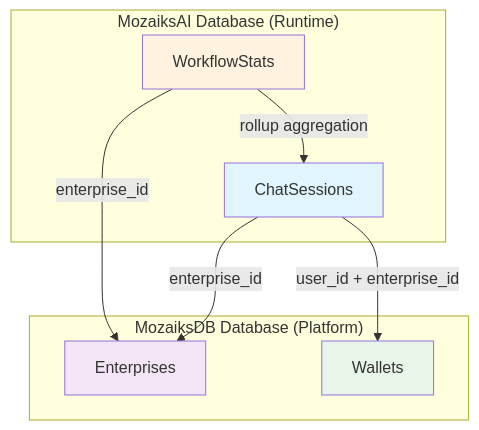
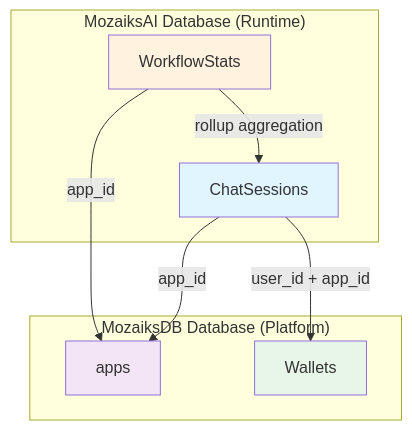
Before and after one commit to BlocUnited-LLC/mozaiks-ai: the first of 4 diagrams in docs/reference/database_schema.md, drawn with Mermaid. The commit also changed other lines of this file and 346 other files, not shown here.

````diff
--- a/docs/reference/database_schema.md
+++ b/docs/reference/database_schema.md
@@ -40,22 +40,22 @@
 ```mermaid
 graph TB
     subgraph "MozaiksAI Database (Runtime)"
         CS[ChatSessions]
         WS[WorkflowStats]
     end
     
     subgraph "MozaiksDB Database (Platform)"
-        ENT[Enterprises]
+        ENT[apps]
         WAL[Wallets]
     end
     
-    CS -->|enterprise_id| ENT
-    CS -->|user_id + enterprise_id| WAL
-    WS -->|enterprise_id| ENT
+    CS -->|app_id| ENT
+    CS -->|user_id + app_id| WAL
+    WS -->|app_id| ENT
     WS -->|rollup aggregation| CS
     
     style CS fill:#e1f5ff
     style WS fill:#fff3e0
     style ENT fill:#f3e5f5
     style WAL fill:#e8f5e9
 ```
````
